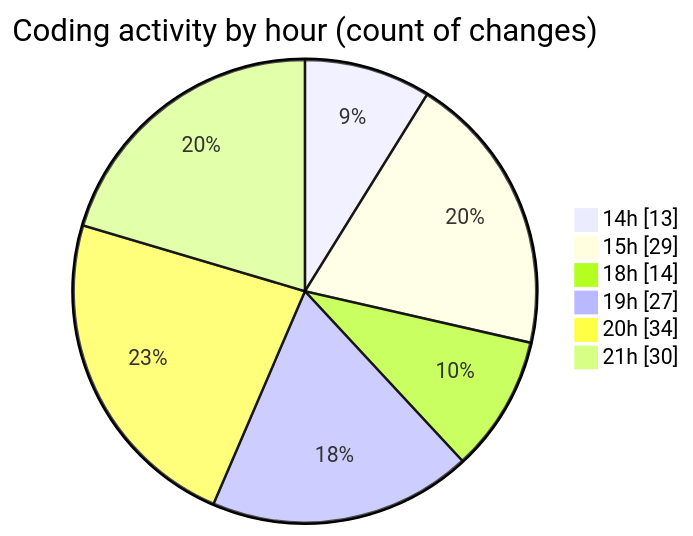
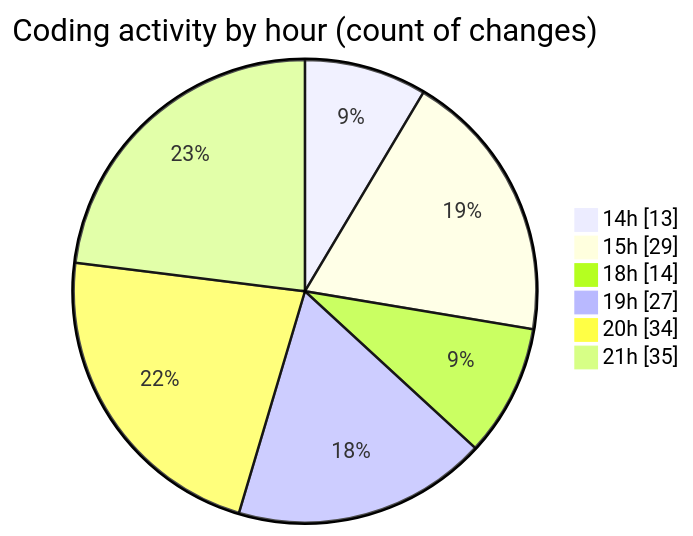
The second of 2 diagrams in 2025-06-23/scopecraft/README.md (Ritupan-Deka/code-tracking), drawn with Mermaid before and after one commit. The commit also changed other lines of this file and 1 other file, not shown here.

````diff
--- a/2025-06-23/scopecraft/README.md
+++ b/2025-06-23/scopecraft/README.md
@@ -55,10 +55,10 @@
 ```mermaid
 pie showData
 title Coding activity by hour (count of changes)
 "14h" : 13
 "15h" : 29
 "18h" : 14
 "19h" : 27
 "20h" : 34
-"21h" : 30
+"21h" : 35
 ```
````
